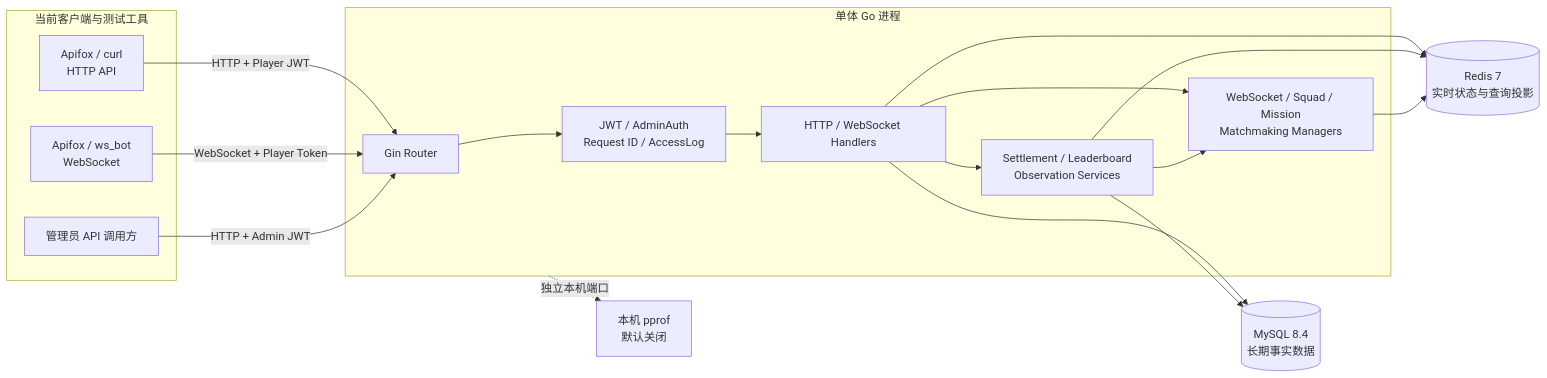
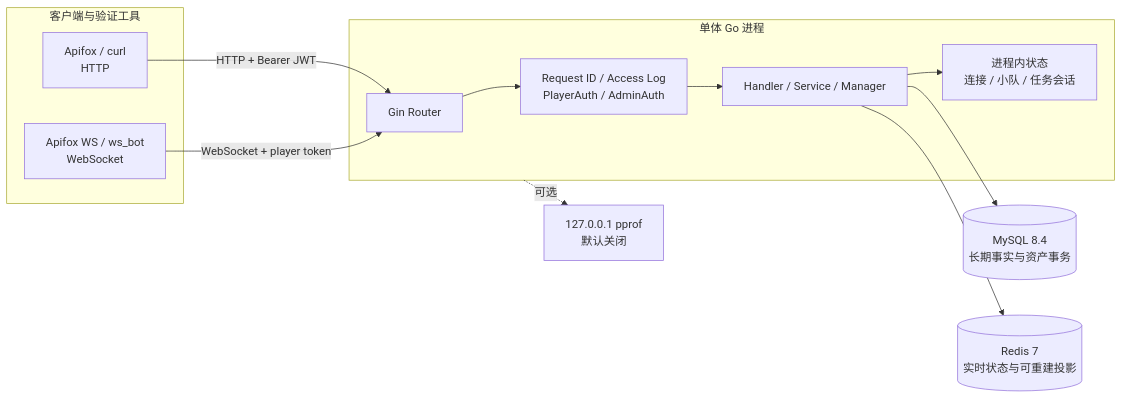
The diagram in docs/architecture.md (lki-H/game-realtime-gm), drawn with Mermaid before and after one commit. The commit also changed other lines of this file and 22 other files, not shown here.

````diff
--- a/docs/architecture.md
+++ b/docs/architecture.md
@@ -15,34 +18,26 @@
 ```mermaid
 flowchart LR
-    subgraph Clients["当前客户端与测试工具"]
-        HTTPClient["Apifox / curl<br/>HTTP API"]
-        WSClient["Apifox / ws_bot<br/>WebSocket"]
-        AdminClient["管理员 API 调用方"]
+    subgraph Clients["客户端与验证工具"]
+        HTTP["Apifox / curl<br/>HTTP"]
+        WSBot["Apifox WS / ws_bot<br/>WebSocket"]
     end
 
-    subgraph GoProcess["单体 Go 进程"]
+    subgraph Process["单体 Go 进程"]
         Gin["Gin Router"]
-        Middleware["JWT / AdminAuth<br/>Request ID / AccessLog"]
-        Handlers["HTTP / WebSocket Handlers"]
-        Services["Settlement / Leaderboard<br/>Observation Services"]
-        Managers["WebSocket / Squad / Mission<br/>Matchmaking Managers"]
+        Middleware["Request ID / Access Log<br/>PlayerAuth / AdminAuth"]
+        Application["Handler / Service / Manager"]
+        Memory["进程内状态<br/>连接 / 小队 / 任务会话"]
     end
 
-    MySQL[("MySQL 8.4<br/>长期事实数据")]
-    Redis[("Redis 7<br/>实时状态与查询投影")]
-    Pprof["本机 pprof<br/>默认关闭"]
+    MySQL[("MySQL 8.4<br/>长期事实与资产事务")]
+    Redis[("Redis 7<br/>实时状态与可重建投影")]
+    Pprof["127.0.0.1 pprof<br/>默认关闭"]
 
-    HTTPClient -->|HTTP + Player JWT| Gin
-    WSClient -->|WebSocket + Player Token| Gin
-    AdminClient -->|HTTP + Admin JWT| Gin
-    Gin --> Middleware --> Handlers
-    Handlers --> Services
-    Handlers --> Managers
-    Services --> Managers
-    Handlers --> MySQL
-    Handlers --> Redis
-    Services --> MySQL
-    Services --> Redis
-    Managers --> Redis
-    GoProcess -. 独立本机端口 .-> Pprof
+    HTTP -->|HTTP + Bearer JWT| Gin
+    WSBot -->|WebSocket + player token| Gin
+    Gin --> Middleware --> Application
+    Application --> Memory
+    Application --> MySQL
+    Application --> Redis
+    Process -. 可选 .-> Pprof
 ```
````
